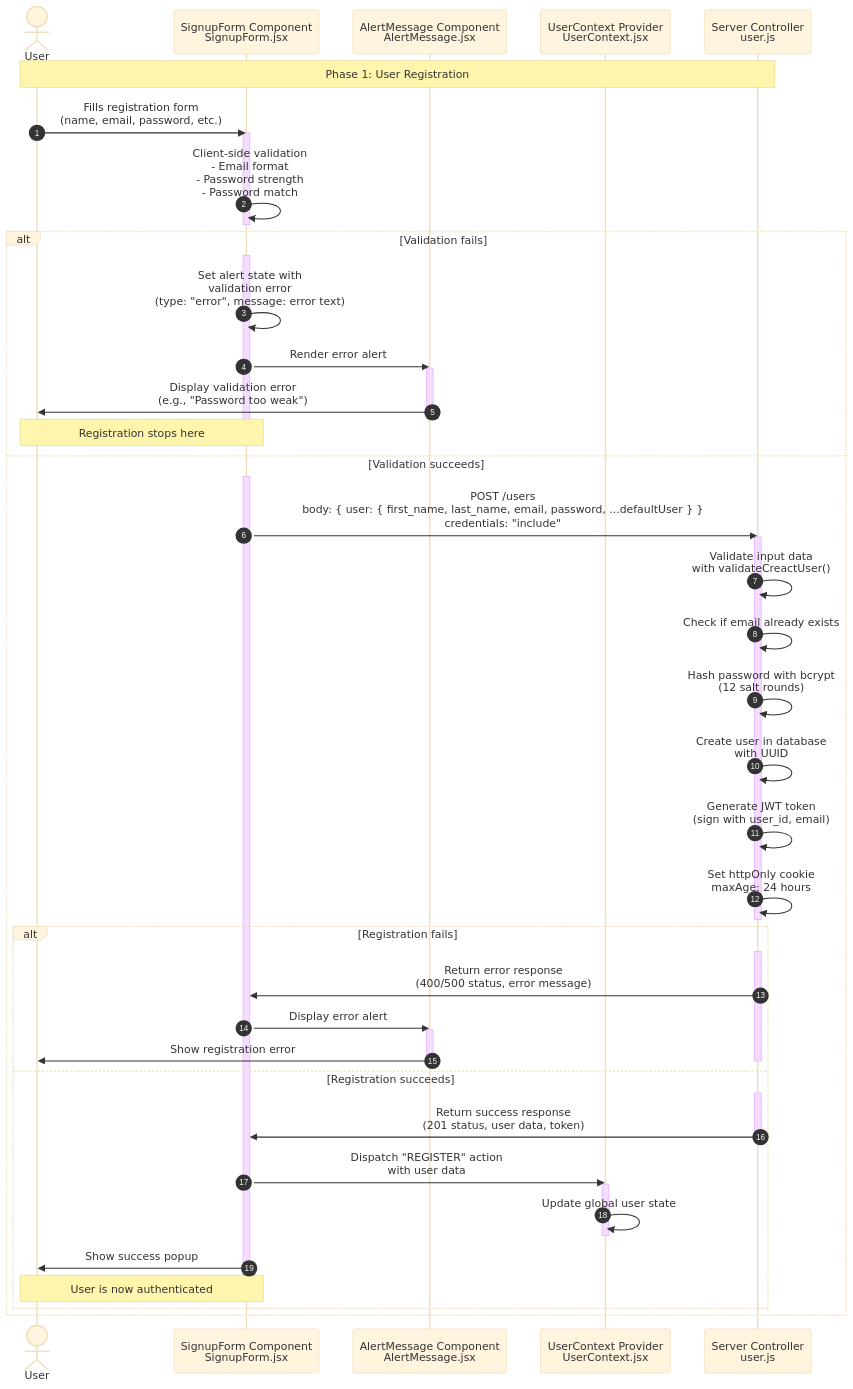
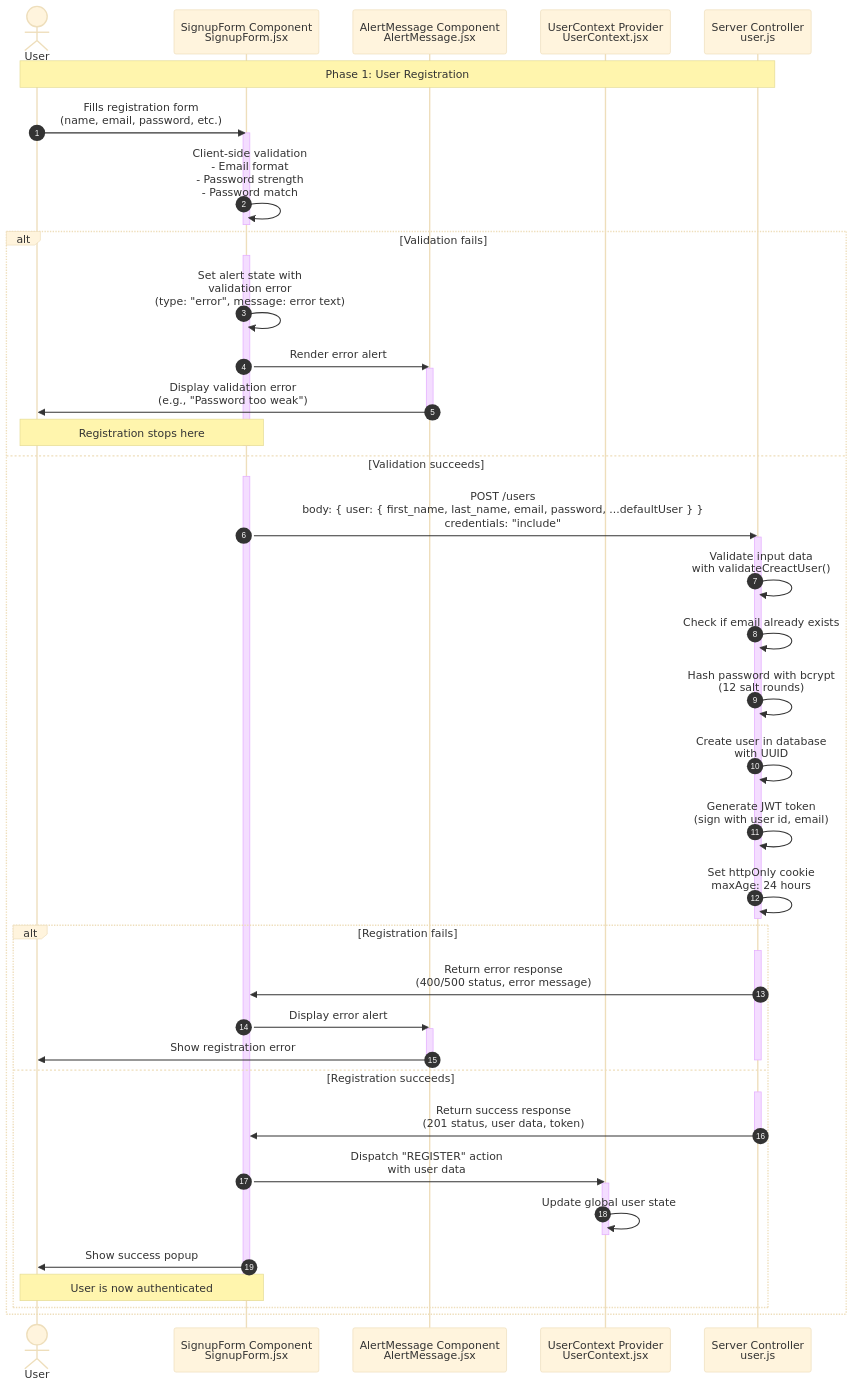
The diagram in documentation/authentication/1.User Registration.md (YahyaAl-Ademi/2025.10.23-JobCompass), drawn with Mermaid (base theme) before and after one commit. The commit also changed 6 other files, not shown here.

````diff
--- a/documentation/authentication/1.User Registration.md
+++ b/documentation/authentication/1.User Registration.md
@@ -7,67 +7,67 @@
 ```mermaid
 sequenceDiagram
     autonumber
     actor User
     %% File paths:
     %% SignupForm: client/src/pages/SignupForm.jsx
     %% AlertMessage: client/src/components/AlertMessage/AlertMessage.jsx
     %% UserContext: client/src/context/UserContext.jsx
     %% createUser: server/src/controllers/user.js
     participant SignupForm as SignupForm Component<br/>SignupForm.jsx
     participant AlertMessage as AlertMessage Component<br/>AlertMessage.jsx
     participant UserContext as UserContext Provider<br/>UserContext.jsx
     participant Server as Server Controller<br/>user.js
 
     Note over User,Server: Phase 1: User Registration
     User->>SignupForm: Fills registration form<br/>(name, email, password, etc.)
     activate SignupForm
 
     SignupForm->>SignupForm: Client-side validation<br/>- Email format<br/>- Password strength<br/>- Password match
     deactivate SignupForm
 
     alt Validation fails
         activate SignupForm
         SignupForm->>SignupForm: Set alert state with<br/>validation error<br/>(type: "error", message: error text)
         SignupForm->>AlertMessage: Render error alert
         activate AlertMessage
         AlertMessage->>User: Display validation error<br/>(e.g., "Password too weak")
         deactivate AlertMessage
         Note over SignupForm,User: Registration stops here
         deactivate SignupForm
     else Validation succeeds
         activate SignupForm
         SignupForm->>Server: POST /users<br/>body: { user: { first_name, last_name, email, password, ...defaultUser } }<br/>credentials: "include"
         activate Server
 
         Server->>Server: Validate input data<br/>with validateCreactUser()
         Server->>Server: Check if email already exists
         Server->>Server: Hash password with bcrypt<br/>(12 salt rounds)
         Server->>Server: Create user in database<br/>with UUID
-        Server->>Server: Generate JWT token<br/>(sign with user_id, email)
+        Server->>Server: Generate JWT token<br/>(sign with user id, email)
         Server->>Server: Set httpOnly cookie<br/>maxAge: 24 hours
         deactivate Server
 
         alt Registration fails
             activate Server
             Server->>SignupForm: Return error response<br/>(400/500 status, error message)
             SignupForm->>AlertMessage: Display error alert
             activate AlertMessage
             AlertMessage->>User: Show registration error
             deactivate AlertMessage
             deactivate Server
         else Registration succeeds
             activate Server
             Server->>SignupForm: Return success response<br/>(201 status, user data, token)
             deactivate Server
 
             SignupForm->>UserContext: Dispatch "REGISTER" action<br/>with user data
             activate UserContext
             UserContext->>UserContext: Update global user state
             deactivate UserContext
 
             SignupForm->>User: Show success popup
             Note over SignupForm,User: User is now authenticated
             deactivate SignupForm
         end
     end
 ```
````
